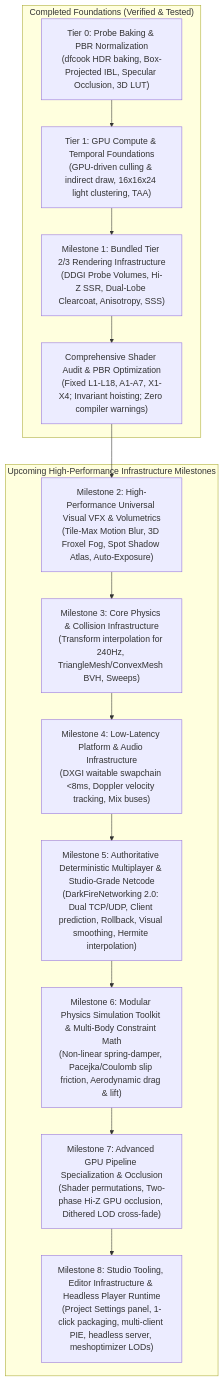
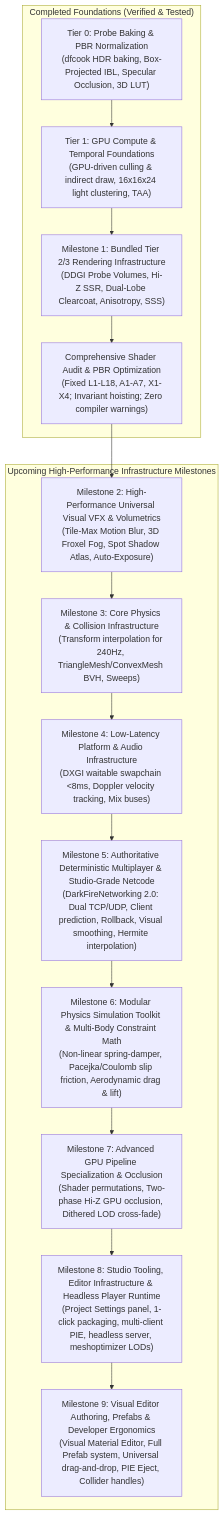
One commit to Omar0Gamal/DarkFire changed the first of 6 diagrams in RENDERING_ROADMAP.md. Above: the diagram before and after it, drawn with Mermaid. The commit also changed other lines of this file, not shown here.

Commit message:
docs: add Milestone 9 (Visual Editor Authoring, Prefabs & Developer Ergonomics) to RENDERING_ROADMAP.md

````diff
--- a/RENDERING_ROADMAP.md
+++ b/RENDERING_ROADMAP.md
@@ -17,30 +17,32 @@
 ```mermaid
 flowchart TD
     subgraph CompletedFoundations["Completed Foundations (Verified & Tested)"]
         Tier0["Tier 0: Probe Baking & PBR Normalization\n(dfcook HDR baking, Box-Projected IBL, Specular Occlusion, 3D LUT)"]
         Tier1["Tier 1: GPU Compute & Temporal Foundations\n(GPU-driven culling & indirect draw, 16x16x24 light clustering, TAA)"]
         Milestone1["Milestone 1: Bundled Tier 2/3 Rendering Infrastructure\n(DDGI Probe Volumes, Hi-Z SSR, Dual-Lobe Clearcoat, Anisotropy, SSS)"]
         AuditMilestone["Comprehensive Shader Audit & PBR Optimization\n(Fixed L1-L18, A1-A7, X1-X4; Invariant hoisting; Zero compiler warnings)"]
     end
 
     subgraph ActiveAndUpcoming["Upcoming High-Performance Infrastructure Milestones"]
         Milestone2["Milestone 2: High-Performance Universal Visual VFX & Volumetrics\n(Tile-Max Motion Blur, 3D Froxel Fog, Spot Shadow Atlas, Auto-Exposure)"]
         Milestone3["Milestone 3: Core Physics & Collision Infrastructure\n(Transform interpolation for 240Hz, TriangleMesh/ConvexMesh BVH, Sweeps)"]
         Milestone4["Milestone 4: Low-Latency Platform & Audio Infrastructure\n(DXGI waitable swapchain <8ms, Doppler velocity tracking, Mix buses)"]
         Milestone5["Milestone 5: Authoritative Deterministic Multiplayer & Studio-Grade Netcode\n(DarkFireNetworking 2.0: Dual TCP/UDP, Client prediction, Rollback, Visual smoothing, Hermite interpolation)"]
         Milestone6["Milestone 6: Modular Physics Simulation Toolkit & Multi-Body Constraint Math\n(Non-linear spring-damper, Pacejka/Coulomb slip friction, Aerodynamic drag & lift)"]
         Milestone7["Milestone 7: Advanced GPU Pipeline Specialization & Occlusion\n(Shader permutations, Two-phase Hi-Z GPU occlusion, Dithered LOD cross-fade)"]
         Milestone8["Milestone 8: Studio Tooling, Editor Infrastructure & Headless Player Runtime\n(Project Settings panel, 1-click packaging, multi-client PIE, headless server, meshoptimizer LODs)"]
+        Milestone9["Milestone 9: Visual Editor Authoring, Prefabs & Developer Ergonomics\n(Visual Material Editor, Full Prefab system, Universal drag-and-drop, PIE Eject, Collider handles)"]
     end
 
     Tier0 --> Tier1
     Tier1 --> Milestone1
     Milestone1 --> AuditMilestone
     AuditMilestone --> Milestone2
     Milestone2 --> Milestone3
     Milestone3 --> Milestone4
     Milestone4 --> Milestone5
     Milestone5 --> Milestone6
     Milestone6 --> Milestone7
     Milestone7 --> Milestone8
+    Milestone8 --> Milestone9
 ```
````
